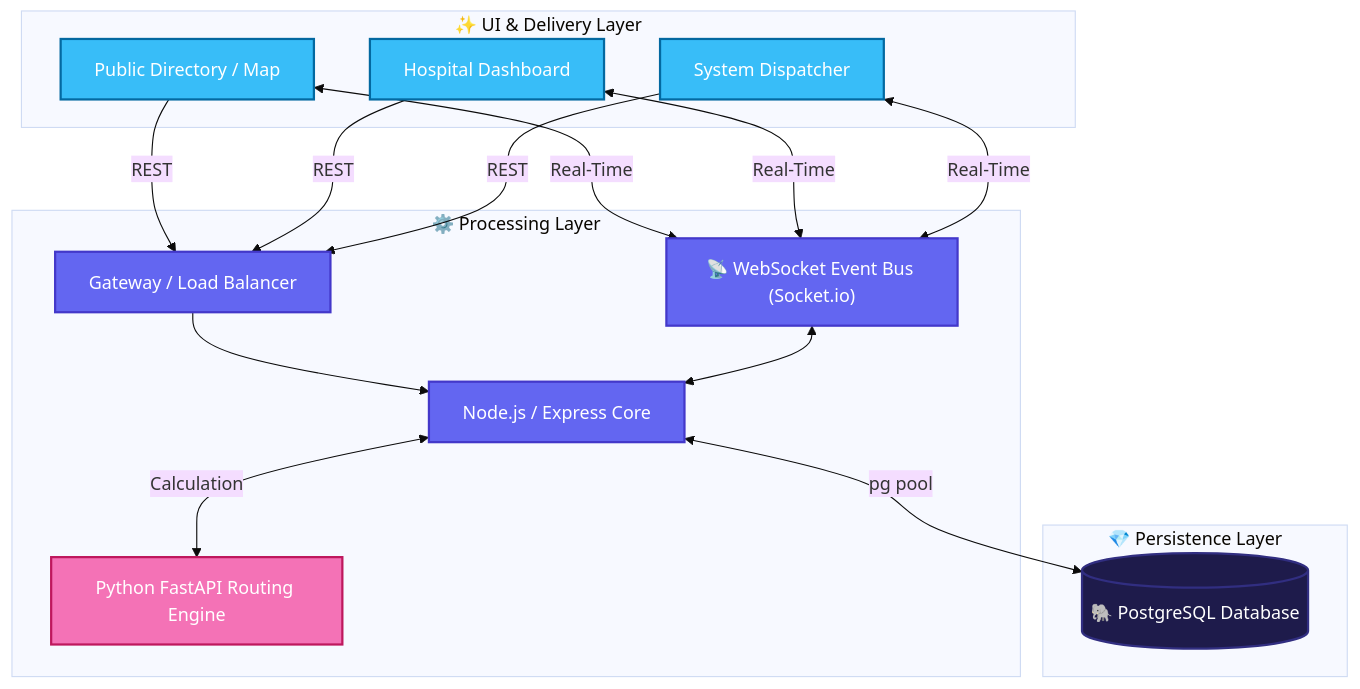
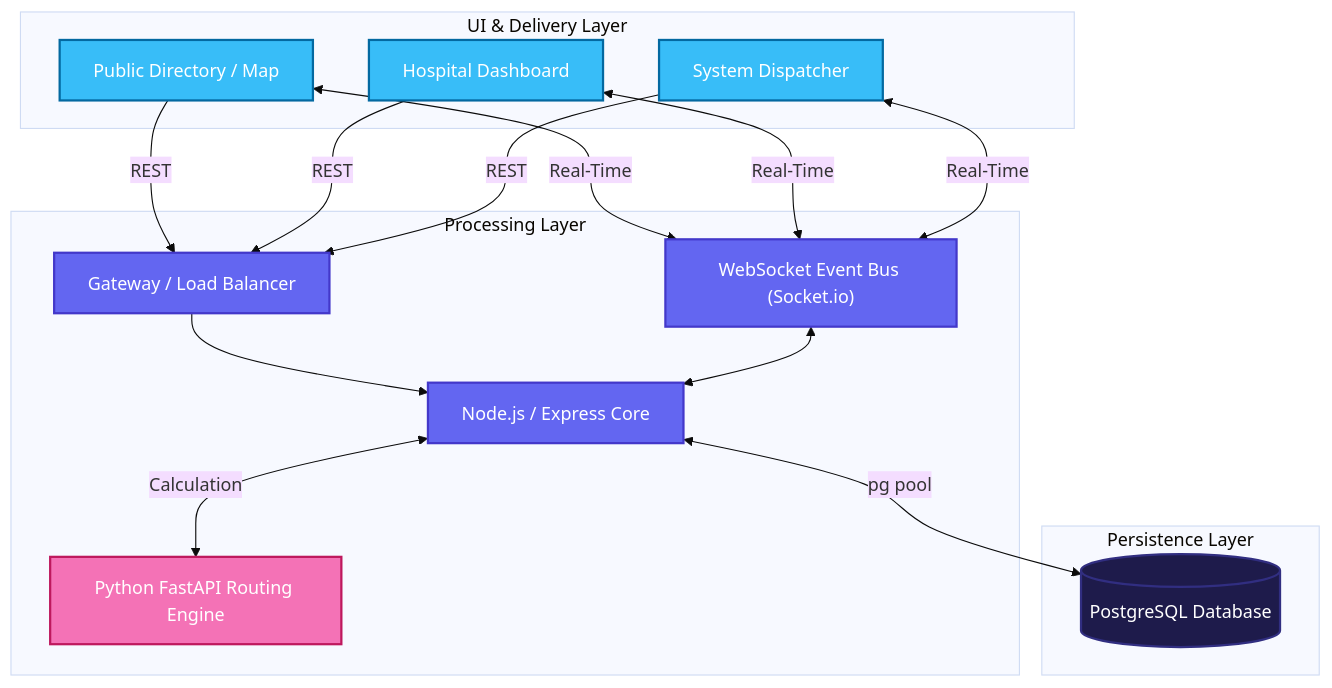
Before and after one commit to rid-coder-70/hospital-bed-system: the diagram in docs/architecture.md, drawn with Mermaid (base theme). The commit also changed other lines of this file and 6 other files, not shown here.

````diff
--- a/docs/architecture.md
+++ b/docs/architecture.md
@@ -13,52 +13,52 @@
 ```mermaid
 graph TD
     %% Define Styles
     classDef client fill:#38BDF8,stroke:#0369A1,stroke-width:2px,color:#fff;
     classDef server fill:#6366F1,stroke:#4338CA,stroke-width:2px,color:#fff;
     classDef logic fill:#F472B6,stroke:#BE185D,stroke-width:2px,color:#fff;
     classDef storage fill:#1E1B4B,stroke:#312E81,stroke-width:2px,color:#fff;
 
     %% Core Components
     Patient[Public Directory / Map]:::client
     HospitalAdmin[Hospital Dashboard]:::client
     Dispatcher[System Dispatcher]:::client
 
     %% Backend Services
     LoadBalancer[Gateway / Load Balancer]:::server
     NodeServer[Node.js / Express Core]:::server
     AIService[Python FastAPI Routing Engine]:::logic
 
     %% Real-Time Events
-    WSS["📡 WebSocket Event Bus (Socket.io)"]:::server
+    WSS["WebSocket Event Bus (Socket.io)"]:::server
 
     %% Data Layer
-    Postgres[("🐘 PostgreSQL Database")]:::storage
+    Postgres[("PostgreSQL Database")]:::storage
 
     %% Relationships
     Patient & HospitalAdmin & Dispatcher --> |REST| LoadBalancer
     LoadBalancer --> NodeServer
     
     Patient & HospitalAdmin & Dispatcher <--> |Real-Time| WSS
     WSS <--> NodeServer
 
     NodeServer <--> |Calculation| AIService
     NodeServer <--> |pg pool| Postgres
 
     %% Subgraphs for visual grouping
-    subgraph "✨ UI & Delivery Layer"
+    subgraph "UI & Delivery Layer"
         Patient
         HospitalAdmin
         Dispatcher
     end
 
-    subgraph "⚙️ Processing Layer"
+    subgraph "Processing Layer"
         LoadBalancer
         NodeServer
         AIService
         WSS
     end
 
-    subgraph "💎 Persistence Layer"
+    subgraph "Persistence Layer"
         Postgres
     end
 ```
````
